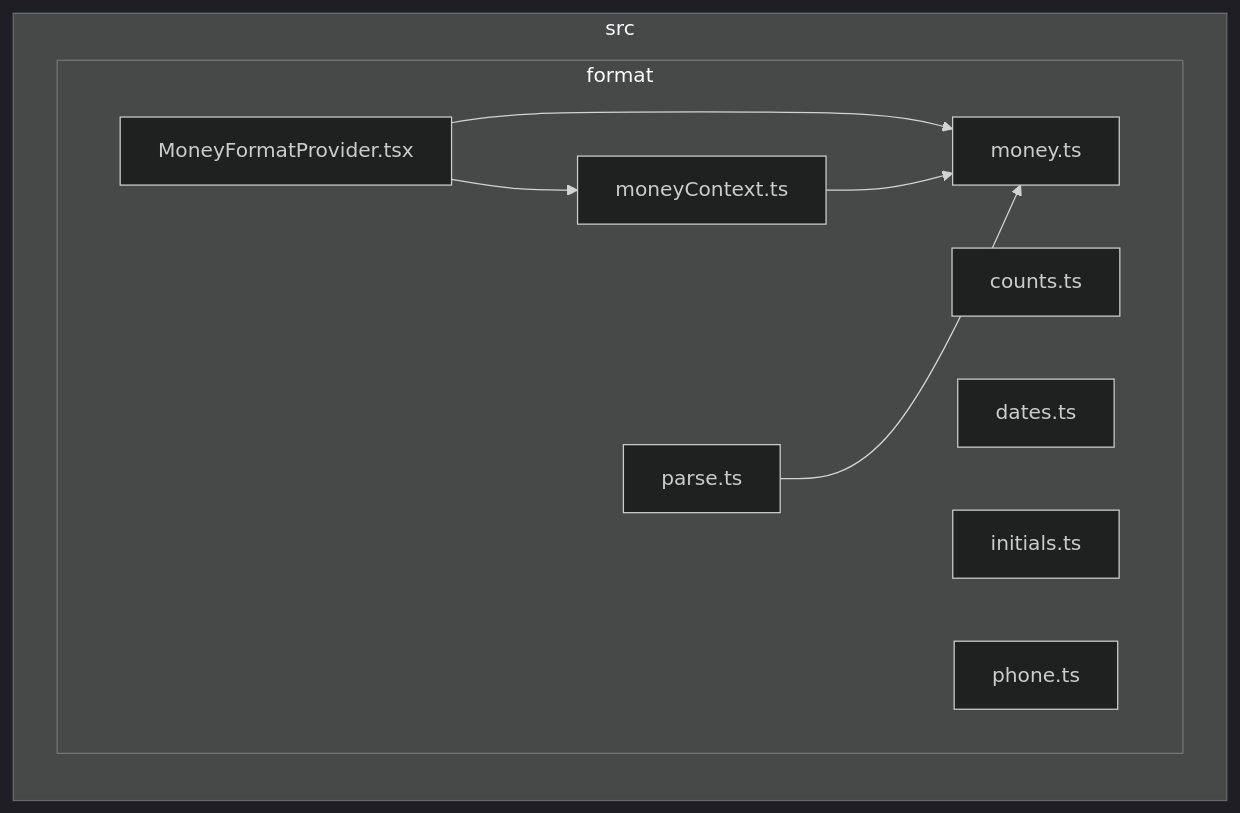
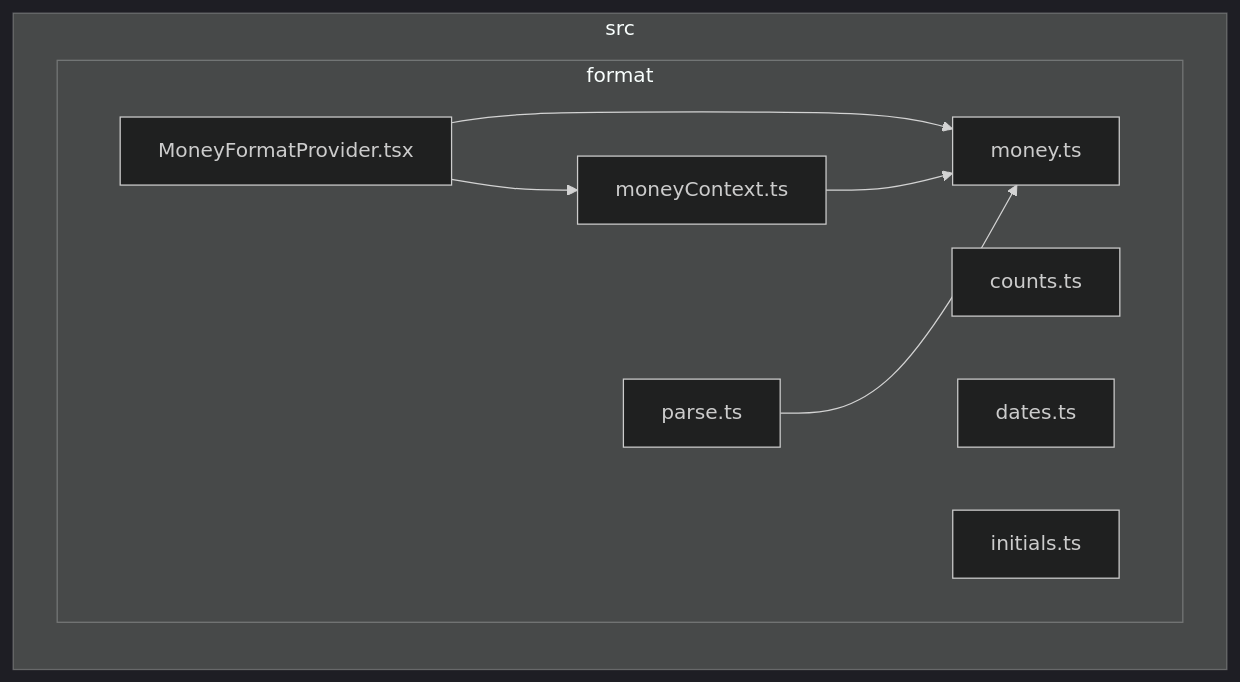
The diagram in docs/architecture/generated/front-modules/format.md (GonzaloZevallos/apostrophe), drawn with Mermaid (dark theme) before and after one commit.

Commit message:
Regenerate the front module docs after deleting format/phone.ts

````diff
--- a/docs/architecture/generated/front-modules/format.md
+++ b/docs/architecture/generated/front-modules/format.md
@@ -7,19 +7,18 @@
 ```mermaid
 flowchart LR
 subgraph src["src"]
   subgraph src_format["format"]
     src_format_MoneyFormatProvider_tsx["MoneyFormatProvider.tsx"]
     src_format_counts_ts["counts.ts"]
     src_format_dates_ts["dates.ts"]
     src_format_initials_ts["initials.ts"]
     src_format_moneyContext_ts["moneyContext.ts"]
     src_format_money_ts["money.ts"]
     src_format_parse_ts["parse.ts"]
-    src_format_phone_ts["phone.ts"]
   end
 end
 src_format_MoneyFormatProvider_tsx-->src_format_moneyContext_ts
 src_format_MoneyFormatProvider_tsx-->src_format_money_ts
 src_format_moneyContext_ts-->src_format_money_ts
 src_format_parse_ts-->src_format_money_ts
 ```
````
